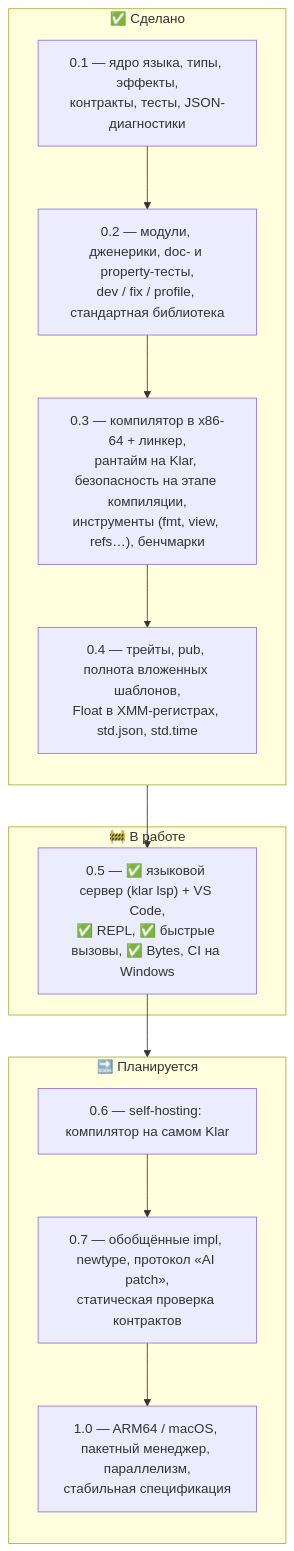
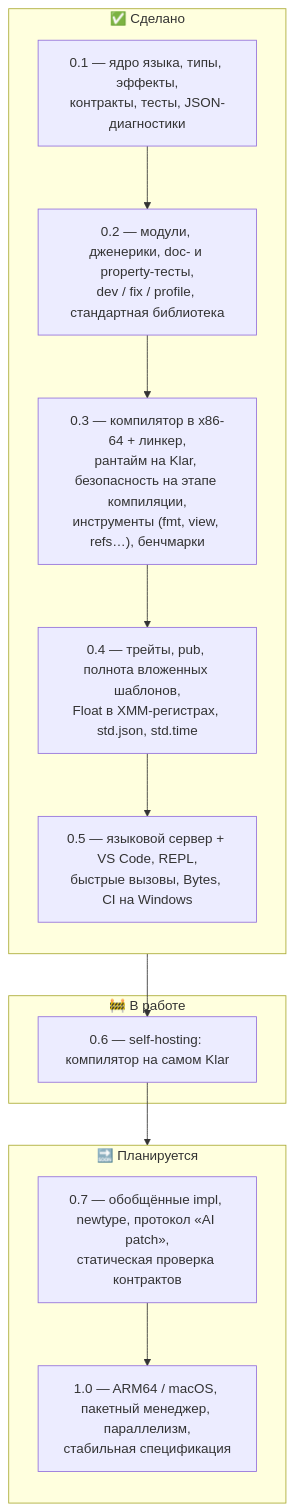
The second of 2 diagrams in README.ru.md (veosett/Klar), drawn with Mermaid before and after one commit. The commit also changed other lines of this file and 13 other files, not shown here.

````diff
--- a/README.ru.md
+++ b/README.ru.md
@@ -148,22 +148,22 @@
 ```mermaid
 flowchart TB
     subgraph done["✅ Сделано"]
         direction TB
         v01["0.1 — ядро языка, типы, эффекты,<br/>контракты, тесты, JSON-диагностики"]
         v02["0.2 — модули, дженерики, doc- и property-тесты,<br/>dev / fix / profile, стандартная библиотека"]
         v03["0.3 — компилятор в x86-64 + линкер,<br/>рантайм на Klar, безопасность на этапе компиляции,<br/>инструменты (fmt, view, refs…), бенчмарки"]
         v04["0.4 — трейты, pub, полнота вложенных шаблонов,<br/>Float в XMM-регистрах, std.json, std.time"]
-        v01 --> v02 --> v03 --> v04
+        v05["0.5 — языковой сервер + VS Code, REPL,<br/>быстрые вызовы, Bytes, CI на Windows"]
+        v01 --> v02 --> v03 --> v04 --> v05
     end
     subgraph now["🚧 В работе"]
-        v05["0.5 — ✅ языковой сервер (klar lsp) + VS Code,<br/>✅ REPL, ✅ быстрые вызовы, ✅ Bytes, CI на Windows"]
+        v06["0.6 — self-hosting: компилятор на самом Klar"]
     end
     subgraph next["🔜 Планируется"]
         direction TB
-        v06["0.6 — self-hosting: компилятор на самом Klar"]
         v07["0.7 — обобщённые impl, newtype, протокол «AI patch»,<br/>статическая проверка контрактов"]
         v10["1.0 — ARM64 / macOS, пакетный менеджер, параллелизм,<br/>стабильная спецификация"]
-        v06 --> v07 --> v10
+        v07 --> v10
     end
-    v04 --> v05 --> v06
+    v05 --> v06 --> v07
 ```
````
